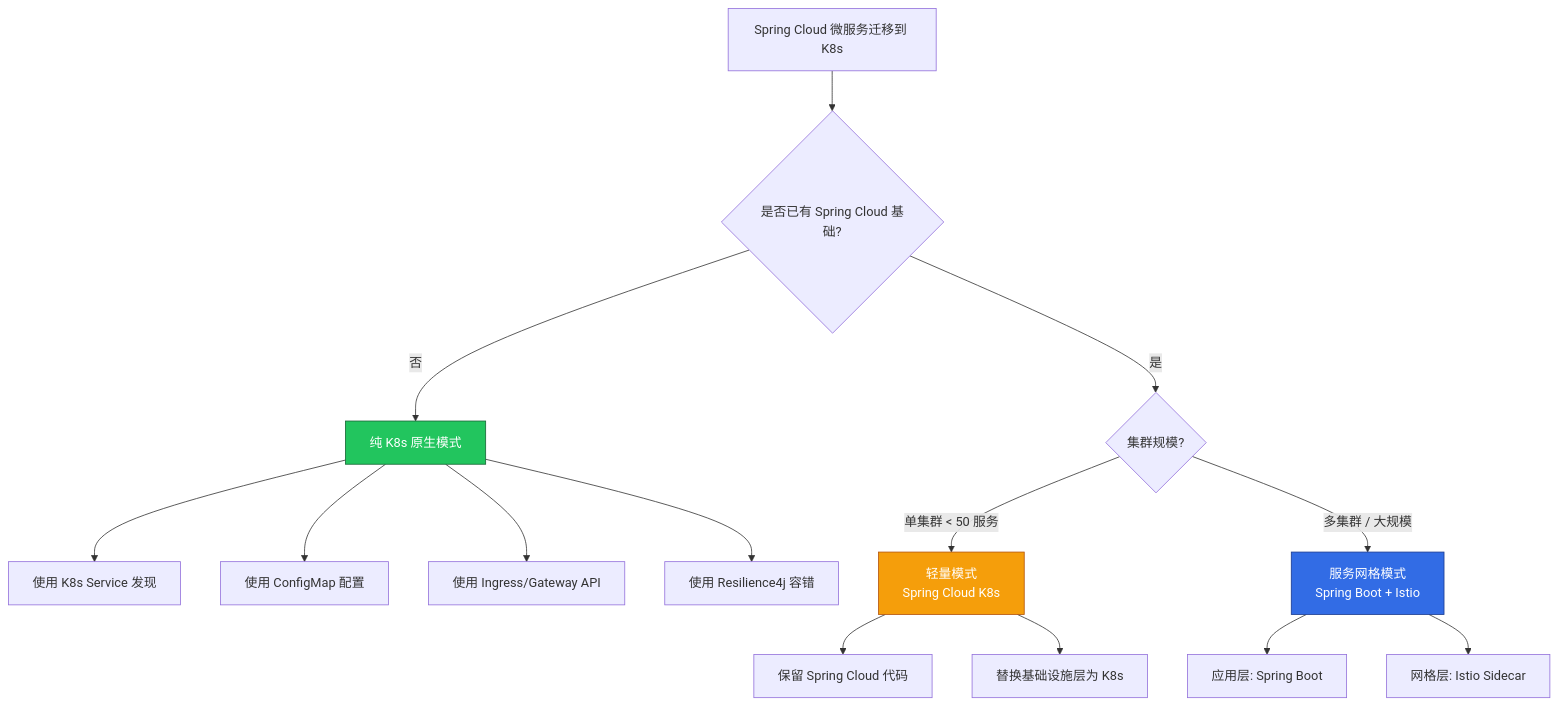
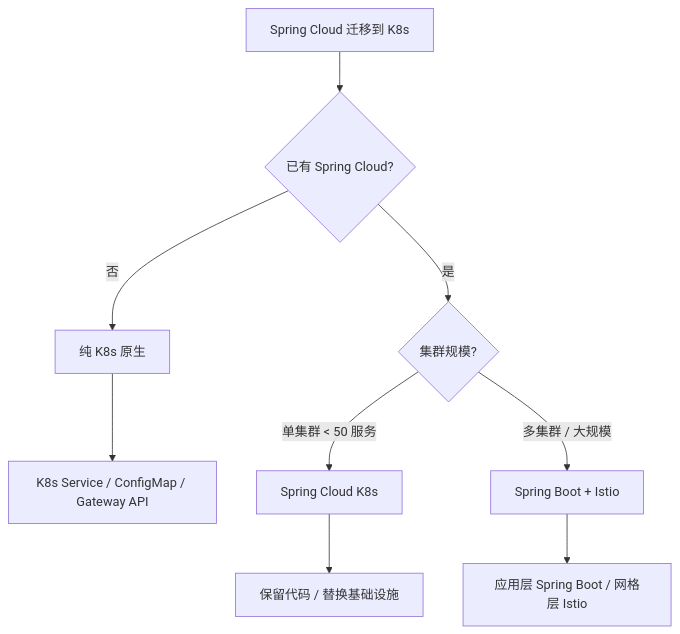
Before and after one commit to kudig-io/kudig-database: the second of 4 diagrams in domain-26-service-mesh-microservices/99-spring-cloud-kubernetes-service-mesh-guide.md, drawn with Mermaid. The commit also changed other lines of this file and 8633 other files, not shown here.

````diff
--- a/domain-26-service-mesh-microservices/99-spring-cloud-kubernetes-service-mesh-guide.md
+++ b/domain-26-service-mesh-microservices/99-spring-cloud-kubernetes-service-mesh-guide.md
@@ -42,23 +113,11 @@
 ```mermaid
 graph TD
-    A[Spring Cloud 微服务迁移到 K8s] --> B{是否已有 Spring Cloud 基础?}
-    B -->|否| C[纯 K8s 原生模式]
+    A[Spring Cloud 迁移到 K8s] --> B{已有 Spring Cloud?}
+    B -->|否| C[纯 K8s 原生]
     B -->|是| D{集群规模?}
-
-    C --> C1[使用 K8s Service 发现]
-    C --> C2[使用 ConfigMap 配置]
-    C --> C3[使用 Ingress/Gateway API]
-    C --> C4[使用 Resilience4j 容错]
-
-    D -->|单集群 < 50 服务| E[轻量模式<br/>Spring Cloud K8s]
-    D -->|多集群 / 大规模| F[服务网格模式<br/>Spring Boot + Istio]
-
-    E --> E1[保留 Spring Cloud 代码]
-    E --> E2[替换基础设施层为 K8s]
-    F --> F1[应用层: Spring Boot]
-    F --> F2[网格层: Istio Sidecar]
-
-    style C fill:#22c55e,stroke:#166534,color:#fff
-    style E fill:#f59e0b,stroke:#b45309,color:#fff
-    style F fill:#326ce5,stroke:#1a3a8f,color:#fff
+    C --> C1[K8s Service / ConfigMap / Gateway API]
+    D -->|单集群 < 50 服务| E[Spring Cloud K8s]
+    D -->|多集群 / 大规模| F[Spring Boot + Istio]
+    E --> E1[保留代码 / 替换基础设施]
+    F --> F1[应用层 Spring Boot / 网格层 Istio]
 ```
````
